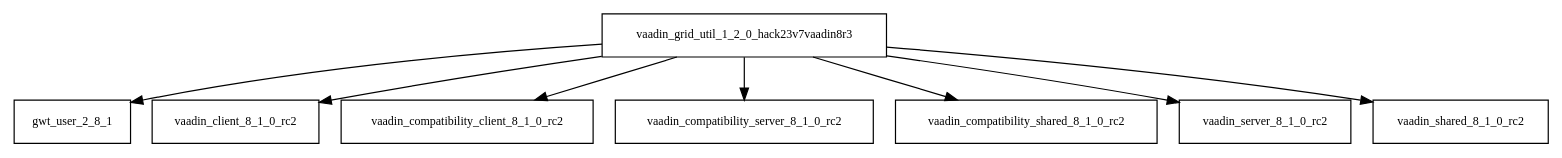
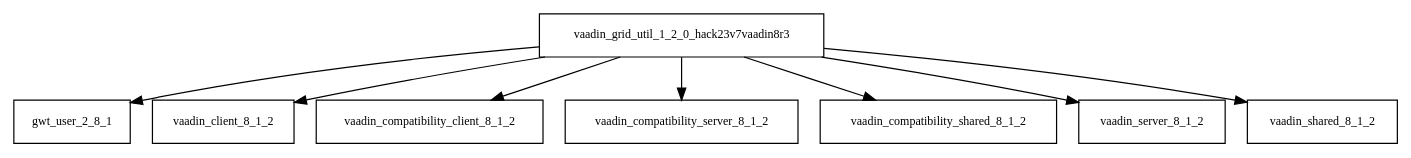
Before and after one commit to AglaianWoman/cia: the diagram in tattleTaleReport/graphviz/vaadin-grid-util-1.2.0.hack23v7vaadin8r3.jar/vaadin-grid-util-1.2.0.hack23v7vaadin8r3.jar.dot, drawn with Graphviz. The commit also changed 2149 other files, not shown here.

```diff
--- a/tattleTaleReport/graphviz/vaadin-grid-util-1.2.0.hack23v7vaadin8r3.jar/vaadin-grid-util-1.2.0.hack23v7vaadin8r3.jar.dot
+++ b/tattleTaleReport/graphviz/vaadin-grid-util-1.2.0.hack23v7vaadin8r3.jar/vaadin-grid-util-1.2.0.hack23v7vaadin8r3.jar.dot
@@ -1,10 +1,10 @@
 digraph vaadin_grid_util_1_2_0_hack23v7vaadin8r3_dependencies {
   node [shape = box, fontsize=10.0];
   vaadin_grid_util_1_2_0_hack23v7vaadin8r3 -> gwt_user_2_8_1;
-  vaadin_grid_util_1_2_0_hack23v7vaadin8r3 -> vaadin_client_8_1_0_rc2;
-  vaadin_grid_util_1_2_0_hack23v7vaadin8r3 -> vaadin_compatibility_client_8_1_0_rc2;
-  vaadin_grid_util_1_2_0_hack23v7vaadin8r3 -> vaadin_compatibility_server_8_1_0_rc2;
-  vaadin_grid_util_1_2_0_hack23v7vaadin8r3 -> vaadin_compatibility_shared_8_1_0_rc2;
-  vaadin_grid_util_1_2_0_hack23v7vaadin8r3 -> vaadin_server_8_1_0_rc2;
-  vaadin_grid_util_1_2_0_hack23v7vaadin8r3 -> vaadin_shared_8_1_0_rc2;
+  vaadin_grid_util_1_2_0_hack23v7vaadin8r3 -> vaadin_client_8_1_2;
+  vaadin_grid_util_1_2_0_hack23v7vaadin8r3 -> vaadin_compatibility_client_8_1_2;
+  vaadin_grid_util_1_2_0_hack23v7vaadin8r3 -> vaadin_compatibility_server_8_1_2;
+  vaadin_grid_util_1_2_0_hack23v7vaadin8r3 -> vaadin_compatibility_shared_8_1_2;
+  vaadin_grid_util_1_2_0_hack23v7vaadin8r3 -> vaadin_server_8_1_2;
+  vaadin_grid_util_1_2_0_hack23v7vaadin8r3 -> vaadin_shared_8_1_2;
 }
```
